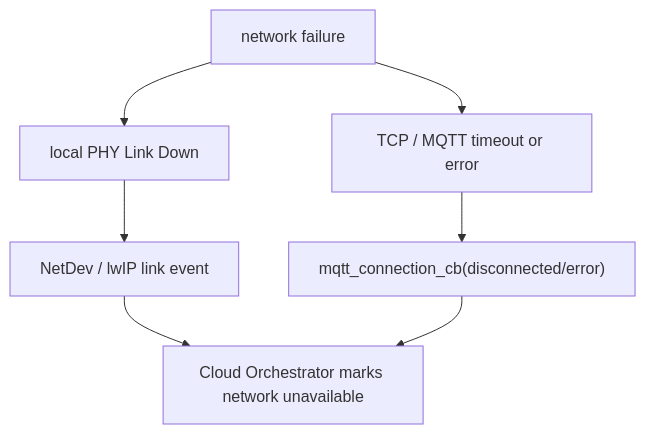
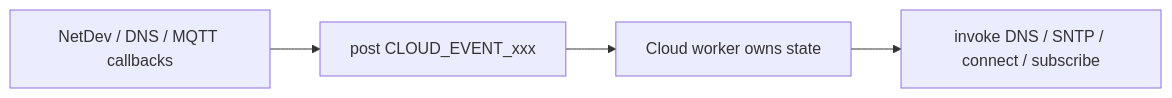
Before and after one commit to wdfk-prog/lwIP-Source-Lab: the third of 6 diagrams in docs/45-mcu-cloud-lifecycle.md, drawn with Mermaid. The commit also changed other lines of this file and 49 other files, not shown here.

````diff
--- a/docs/45-mcu-cloud-lifecycle.md
+++ b/docs/45-mcu-cloud-lifecycle.md
@@ -232,9 +78,6 @@
 ```mermaid
-flowchart TD
-    A["network failure"] --> B["local PHY Link Down"]
-    A --> C["TCP / MQTT timeout or error"]
-    B --> D["NetDev / lwIP link event"]
-    C --> E["mqtt_connection_cb(disconnected/error)"]
-    D --> F["Cloud Orchestrator marks network unavailable"]
-    E --> F
+flowchart LR
+    A["NetDev / DNS / MQTT callbacks"] --> B["post CLOUD_EVENT_xxx"]
+    B --> C["Cloud worker owns state"]
+    C --> D["invoke DNS / SNTP / connect / subscribe"]
 ```
````
